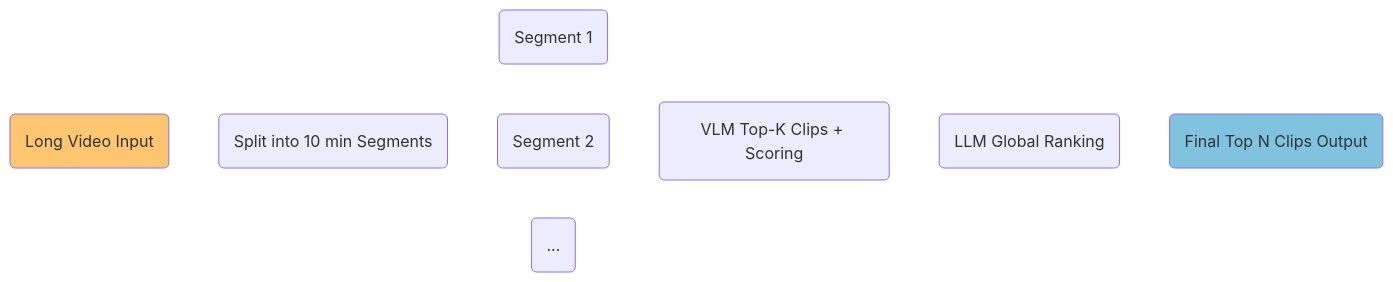
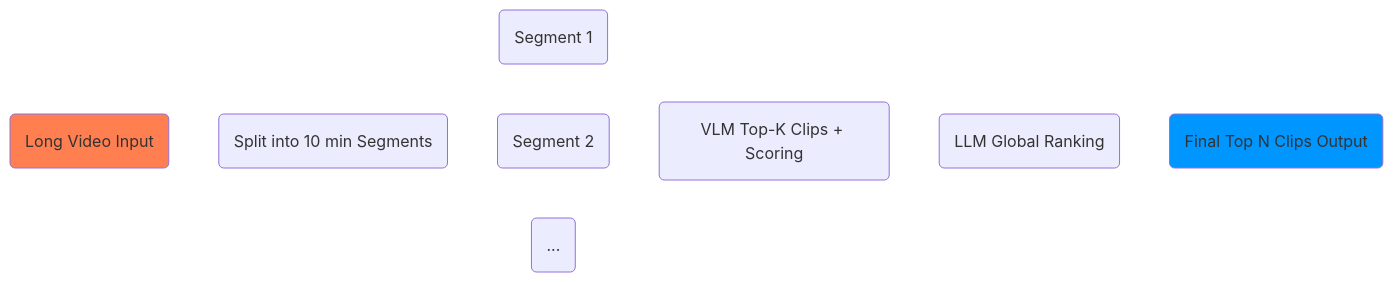
Before and after one commit to ITSAIDI/ClipMind: the second of 2 diagrams in README.md, drawn with Mermaid.

Commit message:
Colors Fixing

````diff
--- a/README.md
+++ b/README.md
@@ -18,21 +18,21 @@
 ```mermaid
 flowchart LR
     A(Long Video Input) --> B(Split into 10 min Segments)
 
     B --> C1(Segment 1)
     B --> C2(Segment 2)
     B --> C3(...)
 
     C1 --> D1(VLM Top-K Clips + Scoring)
     C2 --> D1(VLM Top-K Clips + Scoring)
     C3 --> D1(VLM Top-K Clips + Scoring)
 
     D1 --> E(LLM Global Ranking)
 
     E --> F(Final Top N Clips Output)
 
 
     linkStyle default stroke:#ffff,stroke-width:2px
-    style A fill:#FEC671
-    style F fill:#81C2E0
+    style A fill:#FF7F50
+    style F fill:#0096FF
 ```
````
